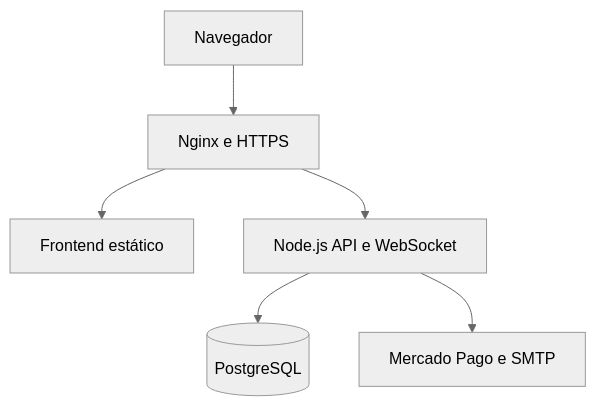
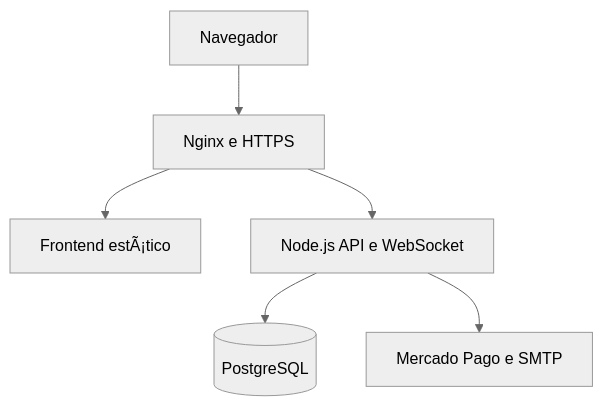
Before and after one commit to AlanFMF/dbo-idle-showcase: the diagram in README.md, drawn with Mermaid (neutral theme). The commit also changed other lines of this file and 1 other file, not shown here.

````diff
--- a/README.md
+++ b/README.md
@@ -48,8 +48,8 @@
 ```mermaid
 flowchart TB
     Browser["Navegador"] --> Edge["Nginx e HTTPS"]
-    Edge --> Frontend["Frontend estático"]
+    Edge --> Frontend["Frontend estÃ¡tico"]
     Edge --> Backend["Node.js API e WebSocket"]
     Backend --> Database[("PostgreSQL")]
     Backend --> Integrations["Mercado Pago e SMTP"]
 ```
````
